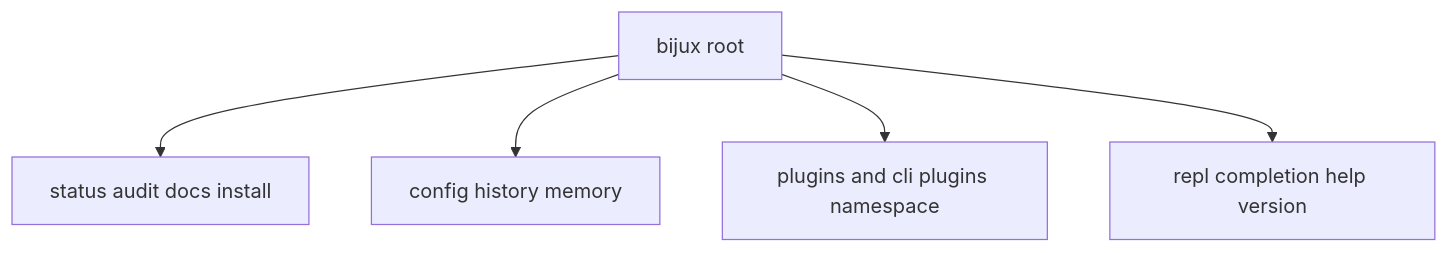
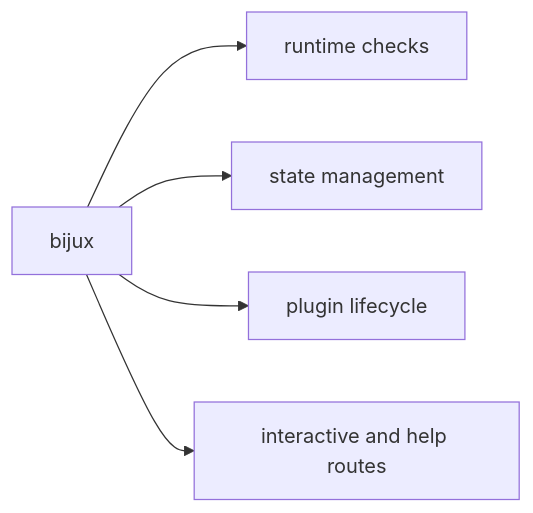
Before and after one commit to bijux/bijux-cli: the diagram in docs/bijux-cli/interfaces/cli-surface.md, drawn with Mermaid. The commit also changed other lines of this file, not shown here.

Commit message:
docs(cli-interfaces): clarify the cli surface

````diff
--- a/docs/bijux-cli/interfaces/cli-surface.md
+++ b/docs/bijux-cli/interfaces/cli-surface.md
@@ -17,7 +20,7 @@
 ```mermaid
-flowchart TD
-    root["bijux root"] --> runtime["status audit docs install"]
-    root --> state["config history memory"]
-    root --> plugins["plugins and cli plugins namespace"]
-    root --> interaction["repl completion help version"]
+flowchart LR
+    root["bijux"] --> runtime["runtime checks"]
+    root --> state["state management"]
+    root --> plugins["plugin lifecycle"]
+    root --> interaction["interactive and help routes"]
 ```
````
